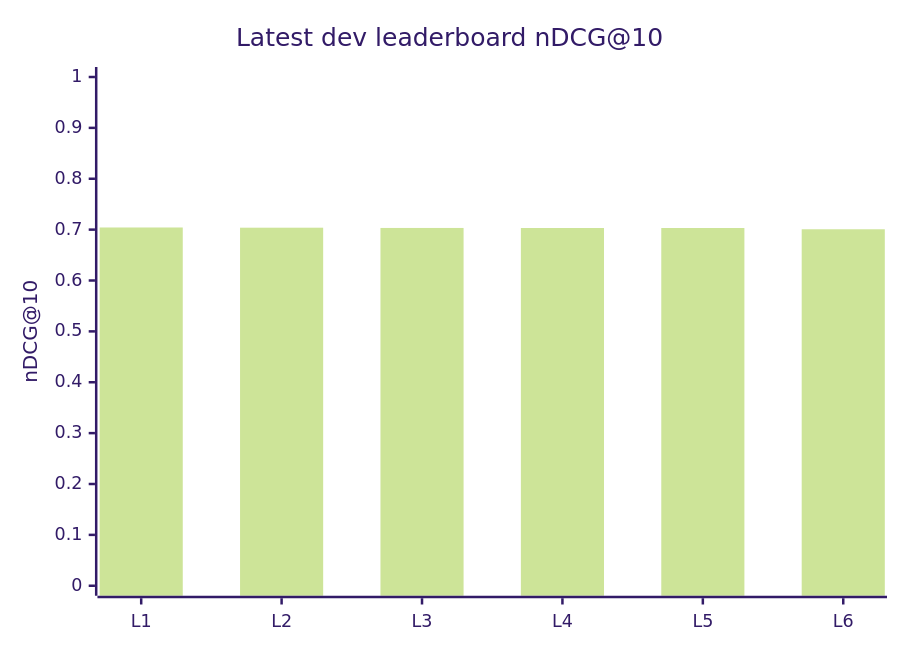
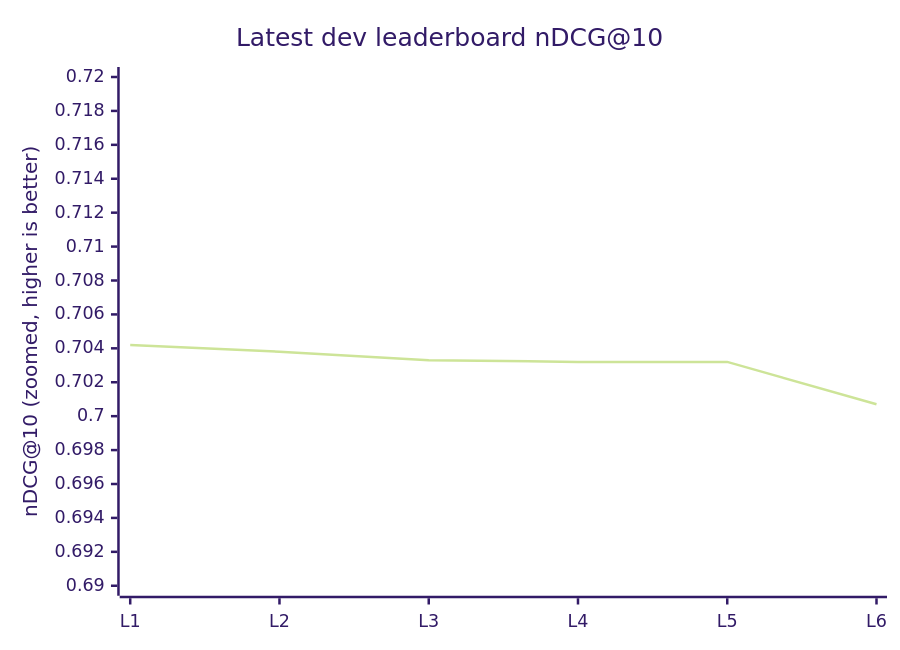
Before and after one commit to sidagarwal-labs/arxiv-search: the second of 3 diagrams in docs/06-charts.md, drawn with Mermaid (forest theme). The commit also changed other lines of this file and 2 other files, not shown here.

First line of the commit message:
Use zoomed line charts for search leaderboard comparisons

````diff
--- a/docs/06-charts.md
+++ b/docs/06-charts.md
@@ -40,7 +40,7 @@
 ```mermaid
 xychart-beta
     title "Latest dev leaderboard nDCG@10"
     x-axis [L1, L2, L3, L4, L5, L6]
-    y-axis "nDCG@10" 0 --> 1
-    bar [0.7042, 0.7038, 0.7033, 0.7032, 0.7032, 0.7007]
+    y-axis "nDCG@10 (zoomed, higher is better)" 0.69 --> 0.72
+    line [0.7042, 0.7038, 0.7033, 0.7032, 0.7032, 0.7007]
 ```
````
